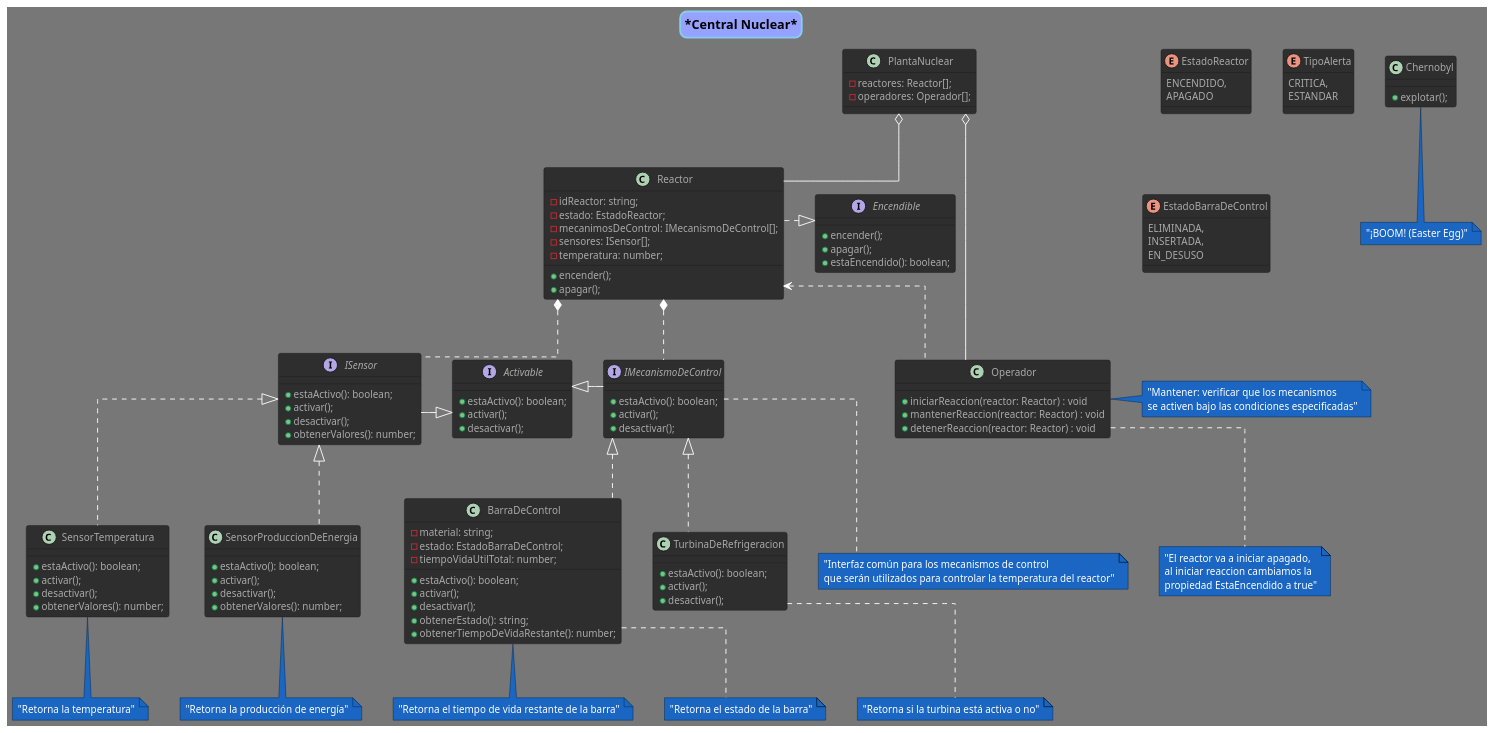
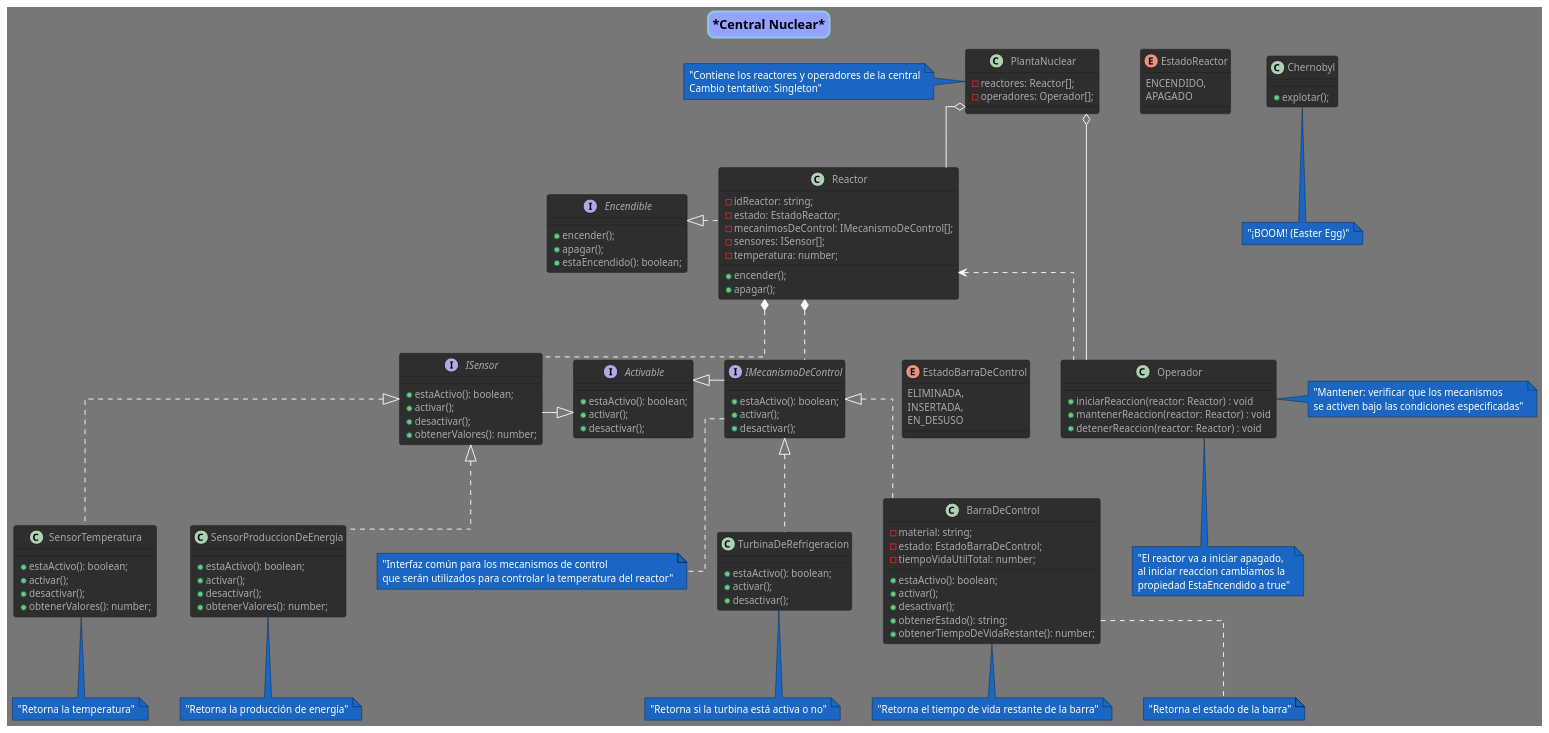
The diagram in Diagrams/nuclearPlantDiagram.puml (fmiguezo/reactor_nuclear), drawn with PlantUML before and after one commit. The commit also changed 1 other file, not shown here.

Commit message:
Updating notes and adding changes to "Sistema de Control" diagram. Pending relationships between classes (Comando and related)

```diff
--- a/Diagrams/nuclearPlantDiagram.puml
+++ b/Diagrams/nuclearPlantDiagram.puml
@@ -1,149 +1,147 @@
 @startuml
 
 title "Central Nuclear"
 !theme reddress-darkblue
 scale 1.3
 skinparam Linetype ortho
 
 title *Central Nuclear*
 skinparam titleBorderRoundCorner 15
 skinparam titleBorderThickness 2
 skinparam titleBorderColor skyBlue
 skinparam titleBackgroundColor #96a2ff
 
 ' Planta nuclear
 class PlantaNuclear {
     - reactores: Reactor[];
     - operadores: Operador[];
 }
 
 ' Reactor
 class Reactor implements Encendible {
     - idReactor: string;
     - estado: EstadoReactor;
     - mecanimosDeControl: IMecanismoDeControl[];
     - sensores: ISensor[];
     - temperatura: number;
     + encender();
     + apagar();
 }
 
 enum EstadoReactor {
     ENCENDIDO,
     APAGADO
-}
-
-enum TipoAlerta {
-    CRITICA,
-    ESTANDAR
 }
 
 ' Operador
 class Operador {
     + iniciarReaccion(reactor: Reactor) : void
     + mantenerReaccion(reactor: Reactor) : void
     + detenerReaccion(reactor: Reactor) : void
 }
 
 'Interfaces generales
 interface Encendible {
     + encender();
     + apagar();
     + estaEncendido(): boolean;
 }
 
 interface Activable {
     + estaActivo(): boolean;
     + activar();
     + desactivar();
 }
 
 
 'Sensores
 interface ISensor implements Activable {
     + estaActivo(): boolean;
     + activar();
     + desactivar();
     + obtenerValores(): number;
 }
 
 class SensorTemperatura implements ISensor {
     ' lee en °C
     + estaActivo(): boolean;
     + activar();
     + desactivar();
     + obtenerValores(): number;
 }
 
 class SensorProduccionDeEnergia implements ISensor {
     ' lee en watts
     + estaActivo(): boolean;
     + activar();
     + desactivar();
     + obtenerValores(): number;
 }
 
 ' Mecanismos de control
 interface IMecanismoDeControl implements Activable {
     + estaActivo(): boolean;
     + activar();
     + desactivar();
 }
 
 '' Barra de control
 class BarraDeControl implements IMecanismoDeControl {
     - material: string;
     - estado: EstadoBarraDeControl;
     - tiempoVidaUtilTotal: number;
     + estaActivo(): boolean;
     'insertar barra
     + activar(); 
     ' quitar barra
     + desactivar(); 
     + obtenerEstado(): string;
     + obtenerTiempoDeVidaRestante(): number;
 }
 
 enum EstadoBarraDeControl {
     ELIMINADA,
     INSERTADA,
     EN_DESUSO
 }
 
 '' Turbina de refrigeración
 class TurbinaDeRefrigeracion implements IMecanismoDeControl {
     + estaActivo(): boolean;
     + activar(); 
     + desactivar(); 
 }
 
 
 ' Easter egg...
 
 class Chernobyl {
     + explotar();
 }
 
 'Relaciones
 Reactor -u-o PlantaNuclear
 Operador -l-o PlantaNuclear
 Reactor *.. ISensor
 Reactor *.. IMecanismoDeControl
 Reactor -[hidden]l- Encendible
 Activable -[hidden]r- IMecanismoDeControl
 Activable -[hidden]l- ISensor
 Reactor <.. Operador
+EstadoBarraDeControl -[hidden]d- BarraDeControl
+
 
 
 'Notas
 note right of Operador: "Mantener: verificar que los mecanismos \nse activen bajo las condiciones especificadas"
 note bottom of Operador: "El reactor va a iniciar apagado, \nal iniciar reaccion cambiamos la \npropiedad EstaEncendido a true"
 note bottom of SensorTemperatura: "Retorna la temperatura"
 note bottom of SensorProduccionDeEnergia: "Retorna la producción de energía"
 note bottom of BarraDeControl: "Retorna el estado de la barra"
 note bottom of BarraDeControl: "Retorna el tiempo de vida restante de la barra"
 note bottom of TurbinaDeRefrigeracion: "Retorna si la turbina está activa o no"
 note bottom of IMecanismoDeControl: "Interfaz común para los mecanismos de control\nque serán utilizados para controlar la temperatura del reactor"
 note bottom of Chernobyl: "¡BOOM! (Easter Egg)"
+note left of PlantaNuclear: "Contiene los reactores y operadores de la central\nCambio tentativo: Singleton"
 
 @enduml
```
